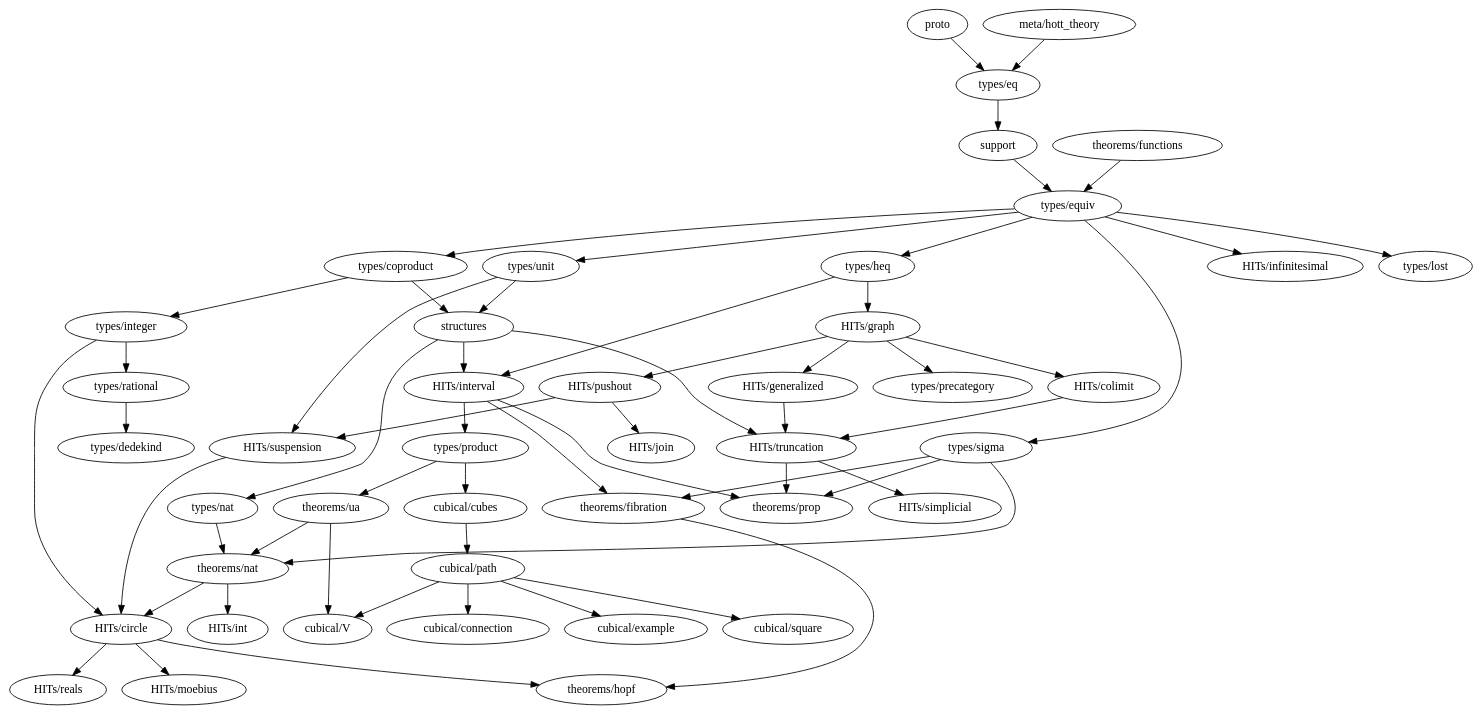
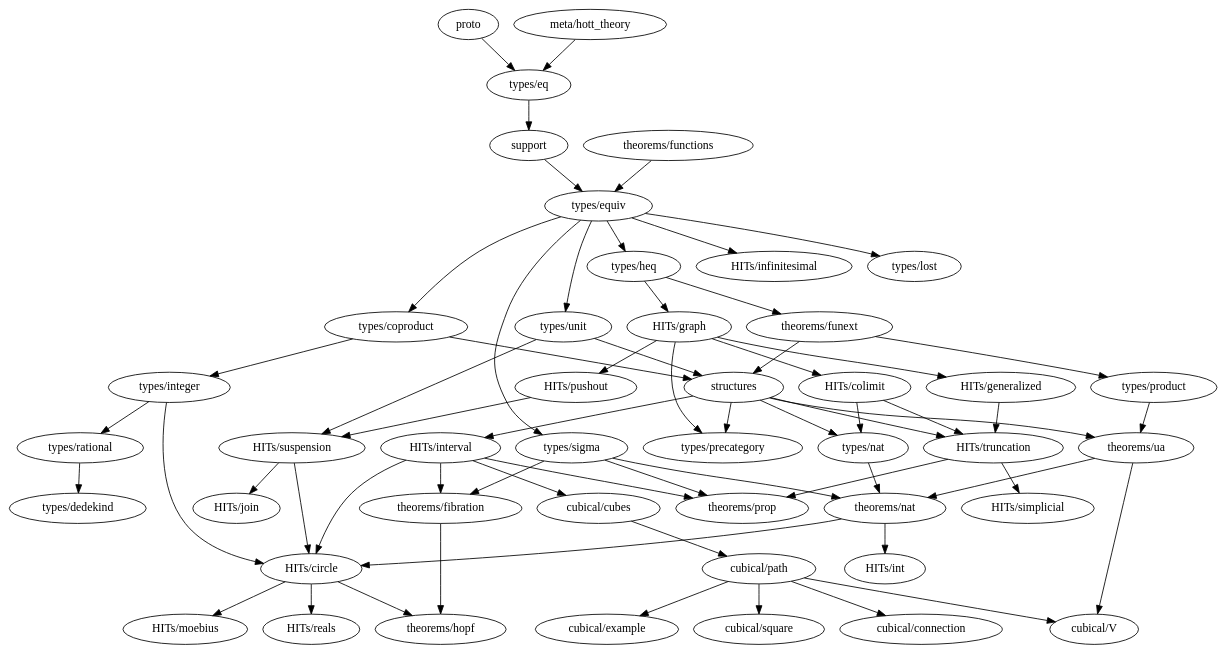
Before and after one commit to forked-from-1kasper/ground_zero: the diagram in dependency_map.gv, drawn with Graphviz. The commit also changed 12 other files, not shown here.

```diff
--- a/dependency_map.gv
+++ b/dependency_map.gv
@@ -1,92 +1,94 @@
 digraph dependency_map {
   proto -> "types/eq"
   "meta/hott_theory" -> "types/eq"
   support -> "types/equiv"
   structures -> {
+    "types/precategory",
+    "theorems/ua",
     "HITs/interval",
     "HITs/truncation",
     "types/nat"
   }
 
   subgraph types {
     "types/coproduct" -> { "types/integer", structures }
     "types/dedekind"
     "types/eq" -> { support }
     "types/equiv" -> {
       "types/heq",
       "HITs/infinitesimal",
       "types/coproduct",
       "types/lost",
       "types/unit",
       "types/sigma"
     }
     "types/heq" -> {
-      "HITs/interval",
-      "HITs/graph"
+      "HITs/graph", "theorems/funext"
     }
     "types/integer" -> {
       "HITs/circle",
       "types/rational"
     }
     "types/lost"
     "types/nat" -> { "theorems/nat" }
-    "types/product" -> { "cubical/cubes", "theorems/ua" }
+    "types/product" -> { "theorems/ua" }
     "types/rational" -> { "types/dedekind" }
     "types/sigma" -> { "theorems/fibration", "theorems/prop", "theorems/nat" }
     "types/unit" -> { structures, "HITs/suspension" }
   }
 
   subgraph HITs {
     "HITs/circle" -> { "theorems/hopf", "HITs/moebius", "HITs/reals" }
-    "HITs/colimit" -> "HITs/truncation"
+    "HITs/colimit" -> { "HITs/truncation", "types/nat" }
     "HITs/generalized" -> "HITs/truncation"
     "HITs/graph" -> {
       "HITs/colimit",
       "HITs/generalized",
       "HITs/pushout",
       "types/precategory"
     }
     "HITs/infinitesimal"
     "HITs/interval" -> {
-      "types/product",
+      "cubical/cubes"
+      "HITs/circle",
       "theorems/prop",
       "theorems/fibration"
     }
     "HITs/join"
     "HITs/moebius"
     "HITs/pushout" -> {
-      "HITs/join",
       "HITs/suspension"
     }
     "HITs/reals"
     "HITs/simplicial"
-    "HITs/suspension" -> "HITs/circle"
+    "HITs/suspension" -> { "HITs/circle", "HITs/join" }
     "HITs/truncation" -> {
       "theorems/prop",
       "HITs/simplicial"
     }
   }
 
   subgraph cubical {
     "cubical/connection"
     "cubical/cubes" -> "cubical/path"
     "cubical/example"
     "cubical/path" -> {
       "cubical/square",
       "cubical/example",
       "cubical/V",
       "cubical/connection"
     }
     "cubical/square"
     "cubical/V"
   }
 
   subgraph theorems {
     "theorems/fibration" -> { "theorems/hopf" }
     "theorems/functions" -> { "types/equiv" }
+    "theorems/funext" -> { structures, "types/product" }
     "theorems/hopf"
     "theorems/nat" -> { "HITs/circle", "HITs/int" }
     "theorems/prop"
     "theorems/ua" -> { "theorems/nat", "cubical/V" }
   }
 }
```
